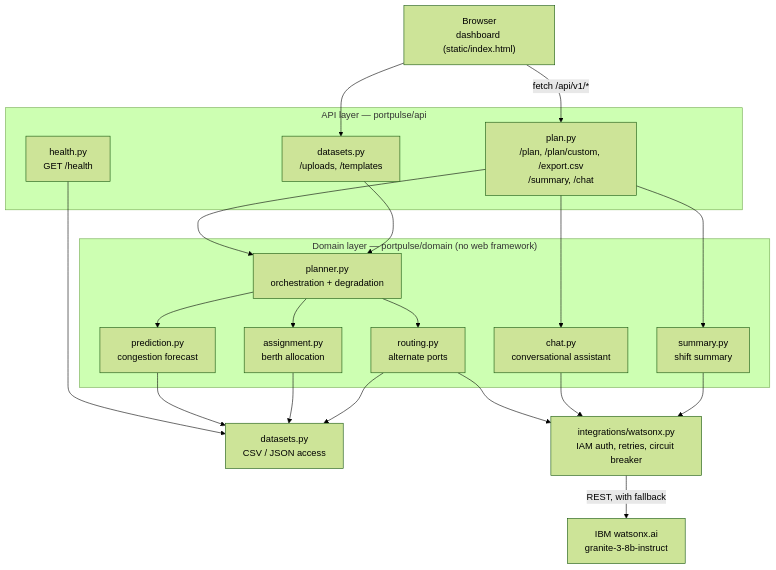
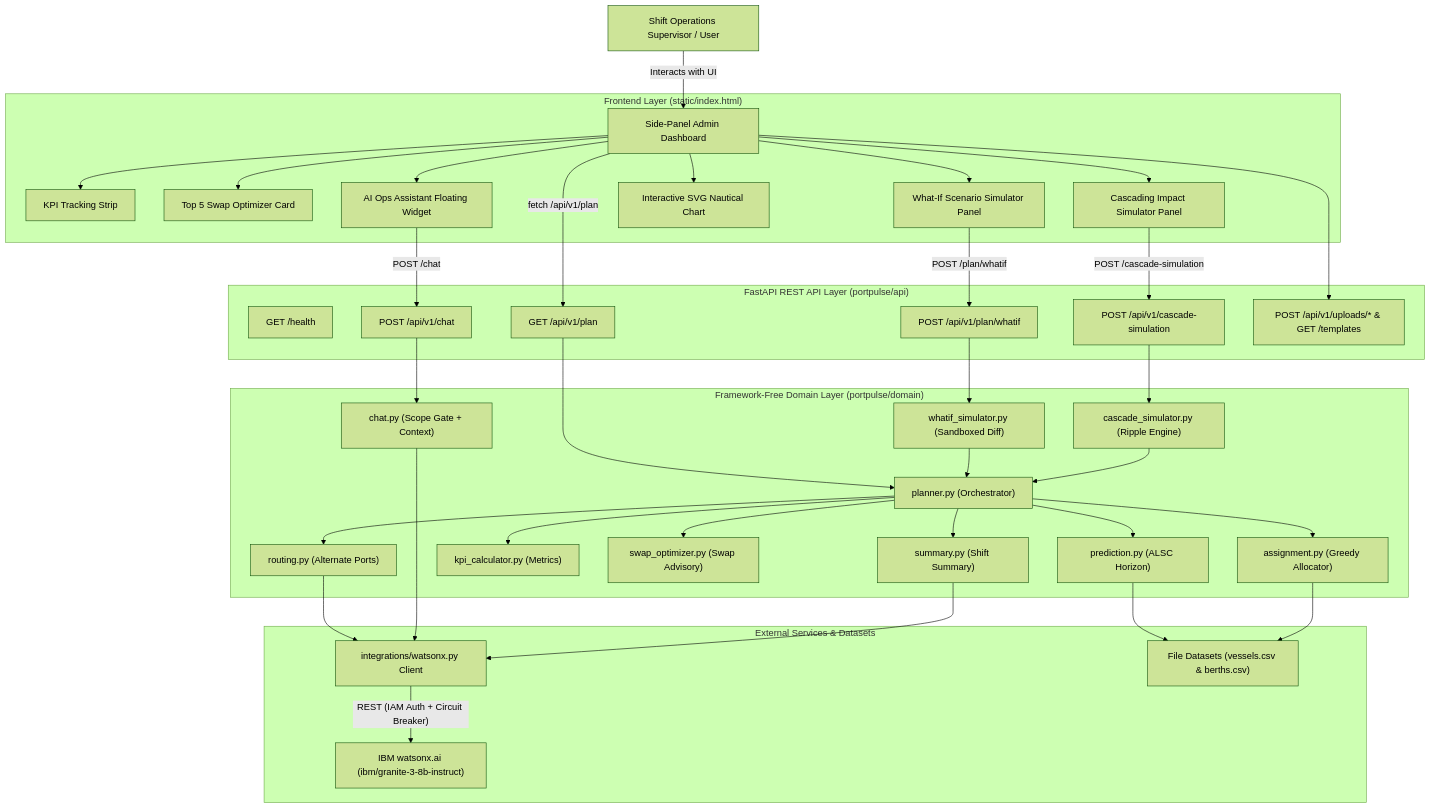
Before and after one commit to Jigar-CS/bob-ai-hackathon-ABC: the first of 2 diagrams in docs/architecture.md, drawn with Mermaid (forest theme). The commit also changed other lines of this file and 9 other files, not shown here.

Commit message:
Update documentation, Mermaid architecture diagrams, and SVG flowcharts

````diff
--- a/docs/architecture.md
+++ b/docs/architecture.md
@@ -5,41 +11,79 @@
 ```mermaid
 graph TD
-    Browser["Browser<br/>dashboard (static/index.html)"]
-
-    subgraph API["API layer — portpulse/api"]
-        Health["health.py<br/>GET /health"]
-        PlanRoutes["plan.py<br/>/plan, /plan/custom, /export.csv<br/>/summary, /chat"]
-        DataRoutes["datasets.py<br/>/uploads, /templates"]
+    User["Shift Operations Supervisor / User"]
+    
+    subgraph Frontend["Frontend Layer (static/index.html)"]
+        Dashboard["Side-Panel Admin Dashboard"]
+        KpiStrip["KPI Tracking Strip"]
+        SwapVisual["Top 5 Swap Optimizer Card"]
+        WhatIfPanel["What-If Scenario Simulator Panel"]
+        CascadePanel["Cascading Impact Simulator Panel"]
+        NauticalMap["Interactive SVG Nautical Chart"]
+        ChatWidget["AI Ops Assistant Floating Widget"]
     end
 
-    subgraph Domain["Domain layer — portpulse/domain (no web framework)"]
-        Planner["planner.py<br/>orchestration + degradation"]
-        Prediction["prediction.py<br/>congestion forecast"]
-        Assignment["assignment.py<br/>berth allocation"]
-        Routing["routing.py<br/>alternate ports"]
-        Chat["chat.py<br/>conversational assistant"]
-        Summary["summary.py<br/>shift summary"]
+    subgraph API["FastAPI REST API Layer (portpulse/api)"]
+        HealthRoute["GET /health"]
+        PlanRoute["GET /api/v1/plan"]
+        WhatIfRoute["POST /api/v1/plan/whatif"]
+        CascadeRoute["POST /api/v1/cascade-simulation"]
+        ChatRoute["POST /api/v1/chat"]
+        DataRoutes["POST /api/v1/uploads/* & GET /templates"]
     end
 
-    Datasets["datasets.py<br/>CSV / JSON access"]
-    Watsonx["integrations/watsonx.py<br/>IAM auth, retries, circuit breaker"]
-    Cloud["IBM watsonx.ai<br/>granite-3-8b-instruct"]
+    subgraph Domain["Framework-Free Domain Layer (portpulse/domain)"]
+        Planner["planner.py (Orchestrator)"]
+        Prediction["prediction.py (ALSC Horizon)"]
+        Assignment["assignment.py (Greedy Allocator)"]
+        KpiCalc["kpi_calculator.py (Metrics)"]
+        SwapOpt["swap_optimizer.py (Swap Advisory)"]
+        WhatIfSim["whatif_simulator.py (Sandboxed Diff)"]
+        CascadeSim["cascade_simulator.py (Ripple Engine)"]
+        Routing["routing.py (Alternate Ports)"]
+        ChatEngine["chat.py (Scope Gate + Context)"]
+        SummaryEngine["summary.py (Shift Summary)"]
+    end
 
-    Browser -->|"fetch /api/v1/*"| PlanRoutes
-    Browser --> DataRoutes
-    PlanRoutes --> Planner
-    PlanRoutes --> Chat
-    PlanRoutes --> Summary
-    DataRoutes --> Planner
-    Health --> Datasets
+    subgraph External["External Services & Datasets"]
+        Watsonx["integrations/watsonx.py Client"]
+        WatsonxAI["IBM watsonx.ai (ibm/granite-3-8b-instruct)"]
+        CSVData["File Datasets (vessels.csv & berths.csv)"]
+    end
+
+    User -->|"Interacts with UI"| Dashboard
+    Dashboard --> KpiStrip
+    Dashboard --> SwapVisual
+    Dashboard --> WhatIfPanel
+    Dashboard --> CascadePanel
+    Dashboard --> NauticalMap
+    Dashboard --> ChatWidget
+
+    Dashboard -->|"fetch /api/v1/plan"| PlanRoute
+    WhatIfPanel -->|"POST /plan/whatif"| WhatIfRoute
+    CascadePanel -->|"POST /cascade-simulation"| CascadeRoute
+    ChatWidget -->|"POST /chat"| ChatRoute
+    Dashboard --> DataRoutes
+
+    PlanRoute --> Planner
+    WhatIfRoute --> WhatIfSim
+    CascadeRoute --> CascadeSim
+    ChatRoute --> ChatEngine
+
     Planner --> Prediction
     Planner --> Assignment
+    Planner --> KpiCalc
+    Planner --> SwapOpt
     Planner --> Routing
-    Prediction --> Datasets
-    Assignment --> Datasets
-    Routing --> Datasets
+    Planner --> SummaryEngine
+
+    WhatIfSim --> Planner
+    CascadeSim --> Planner
+
+    Prediction --> CSVData
+    Assignment --> CSVData
     Routing --> Watsonx
-    Chat --> Watsonx
-    Summary --> Watsonx
-    Watsonx -->|"REST, with fallback"| Cloud
+    ChatEngine --> Watsonx
+    SummaryEngine --> Watsonx
+
+    Watsonx -->|"REST (IAM Auth + Circuit Breaker)"| WatsonxAI
 ```
````
